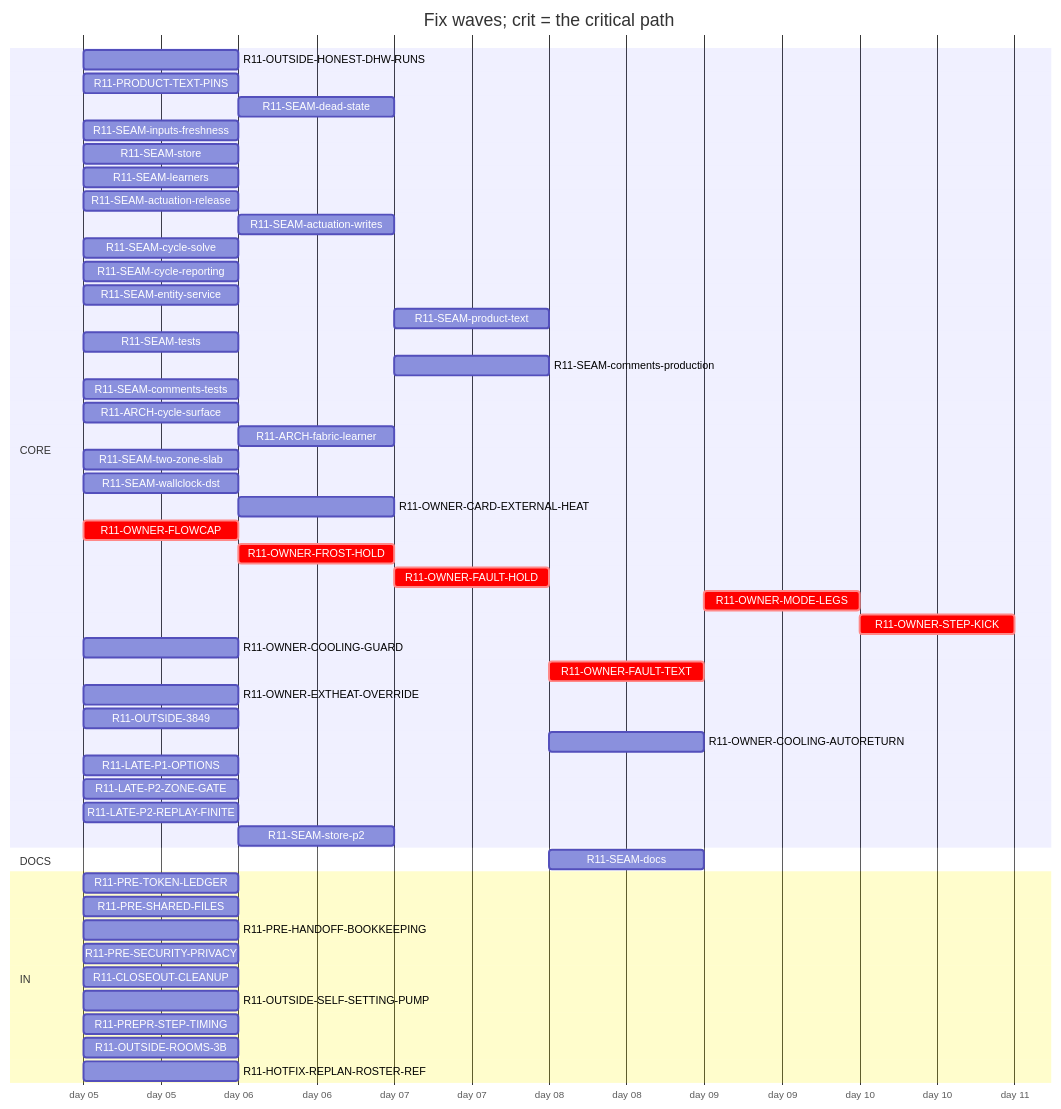
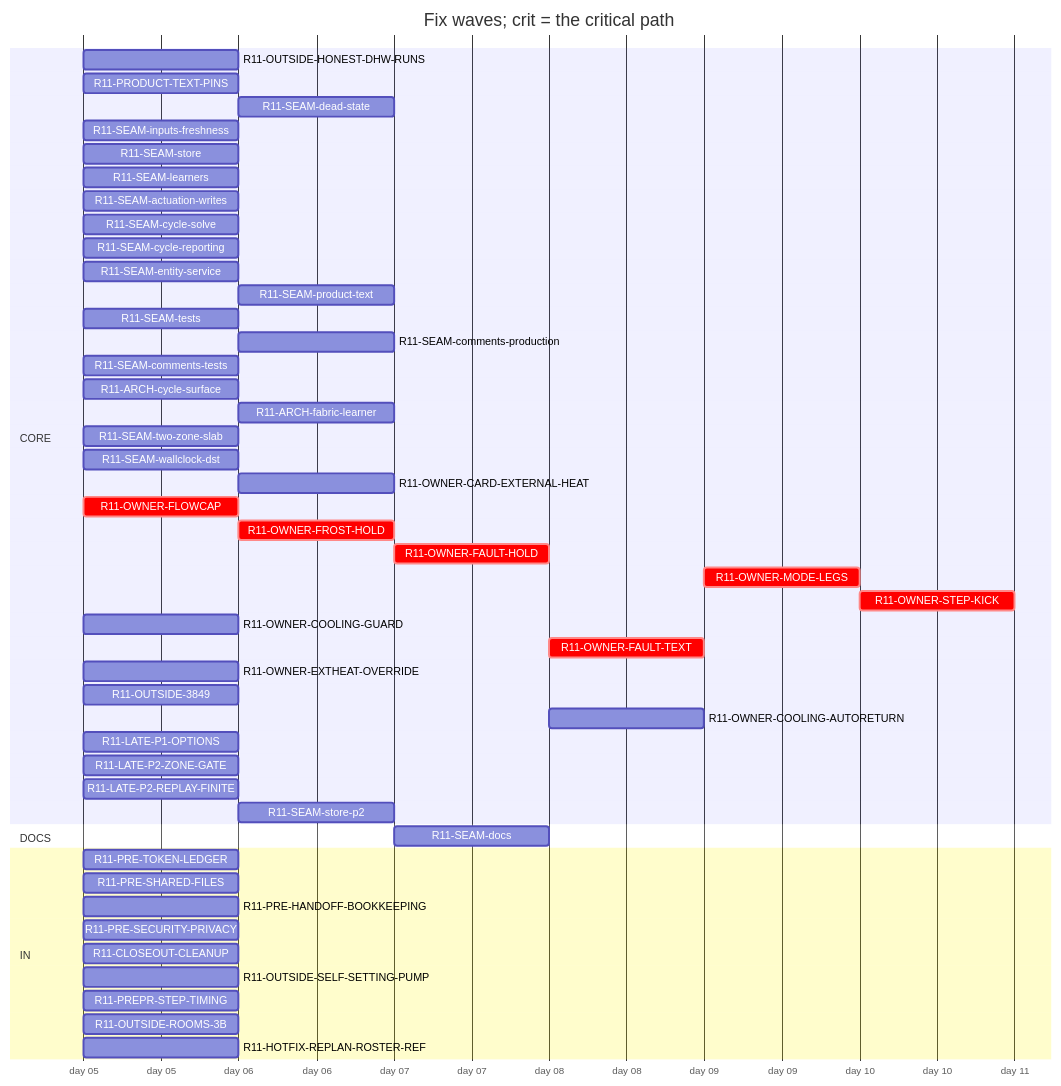
One commit to tvofi/heatpump_optimizer changed the diagram in handoff/round11/state/PLAN-TABLE.md. Above: the diagram before and after it, drawn with Mermaid. The commit also changed other lines of this file and 4 other files, not shown here.

Commit message:
state: FLOW-BOARD.md, NEXT-SESSION-PROMPT.md, PLAN-TABLE.md, PLAN.html, RESUME-CURRENT.md regenerated (state_docs.py)

````diff
--- a/handoff/round11/state/PLAN-TABLE.md
+++ b/handoff/round11/state/PLAN-TABLE.md
@@ -16,53 +16,52 @@
 ```mermaid
 gantt
   title Fix waves; crit = the critical path
   dateFormat YYYY-MM-DD
   axisFormat day %d
   section CORE
     R11-OUTSIDE-HONEST-DHW-RUNS :r11OUTSIDEHONESTDHWRUNS, 2026-01-05, 1d
     R11-PRODUCT-TEXT-PINS :r11PRODUCTTEXTPINS, 2026-01-05, 1d
     R11-SEAM-dead-state :r11SEAMdeadstate, after r11SEAMstore, 1d
     R11-SEAM-inputs-freshness :r11SEAMinputsfreshness, 2026-01-05, 1d
     R11-SEAM-store :r11SEAMstore, 2026-01-05, 1d
     R11-SEAM-learners :r11SEAMlearners, 2026-01-05, 1d
-    R11-SEAM-actuation-release :r11SEAMactuationrelease, 2026-01-05, 1d
-    R11-SEAM-actuation-writes :r11SEAMactuationwrites, after r11SEAMactuationrelease, 1d
+    R11-SEAM-actuation-writes :r11SEAMactuationwrites, 2026-01-05, 1d
     R11-SEAM-cycle-solve :r11SEAMcyclesolve, 2026-01-05, 1d
     R11-SEAM-cycle-reporting :r11SEAMcyclereporting, 2026-01-05, 1d
     R11-SEAM-entity-service :r11SEAMentityservice, 2026-01-05, 1d
-    R11-SEAM-product-text :r11SEAMproducttext, after r11SEAMactuationrelease r11SEAMactuationwrites r11SEAMentityservice r11SEAMinputsfreshness r11SEAMcyclesolve r11SEAMcyclereporting, 1d
+    R11-SEAM-product-text :r11SEAMproducttext, after r11SEAMactuationwrites r11SEAMentityservice r11SEAMinputsfreshness r11SEAMcyclesolve r11SEAMcyclereporting, 1d
     R11-SEAM-tests :r11SEAMtests, 2026-01-05, 1d
-    R11-SEAM-comments-production :r11SEAMcommentsproduction, after r11SEAMactuationrelease r11SEAMactuationwrites r11SEAMentityservice r11SEAMinputsfreshness r11SEAMcyclesolve r11SEAMcyclereporting, 1d
+    R11-SEAM-comments-production :r11SEAMcommentsproduction, after r11SEAMactuationwrites r11SEAMentityservice r11SEAMinputsfreshness r11SEAMcyclesolve r11SEAMcyclereporting, 1d
     R11-SEAM-comments-tests :r11SEAMcommentstests, 2026-01-05, 1d
     R11-ARCH-cycle-surface :r11ARCHcyclesurface, 2026-01-05, 1d
     R11-ARCH-fabric-learner :r11ARCHfabriclearner, after r11SEAMlearners, 1d
     R11-SEAM-two-zone-slab :r11SEAMtwozoneslab, 2026-01-05, 1d
     R11-SEAM-wallclock-dst :r11SEAMwallclockdst, 2026-01-05, 1d
     R11-OWNER-CARD-EXTERNAL-HEAT :r11OWNERCARDEXTERNALHEAT, after r11OWNEREXTHEATOVERRIDE, 1d
     R11-OWNER-FLOWCAP :crit, r11OWNERFLOWCAP, 2026-01-05, 1d
     R11-OWNER-FROST-HOLD :crit, r11OWNERFROSTHOLD, after r11OWNERFLOWCAP, 1d
     R11-OWNER-FAULT-HOLD :crit, r11OWNERFAULTHOLD, after r11OWNERFROSTHOLD, 1d
     R11-OWNER-MODE-LEGS :crit, r11OWNERMODELEGS, after r11OWNERFAULTTEXT, 1d
     R11-OWNER-STEP-KICK :crit, r11OWNERSTEPKICK, after r11OWNERMODELEGS, 1d
     R11-OWNER-COOLING-GUARD :r11OWNERCOOLINGGUARD, 2026-01-05, 1d
     R11-OWNER-FAULT-TEXT :crit, r11OWNERFAULTTEXT, after r11OWNERFAULTHOLD, 1d
     R11-OWNER-EXTHEAT-OVERRIDE :r11OWNEREXTHEATOVERRIDE, 2026-01-05, 1d
     R11-OUTSIDE-3849 :r11OUTSIDE3849, 2026-01-05, 1d
     R11-OWNER-COOLING-AUTORETURN :r11OWNERCOOLINGAUTORETURN, after r11OWNERCOOLINGGUARD r11OWNERFAULTHOLD, 1d
     R11-LATE-P1-OPTIONS :r11LATEP1OPTIONS, 2026-01-05, 1d
     R11-LATE-P2-ZONE-GATE :r11LATEP2ZONEGATE, 2026-01-05, 1d
     R11-LATE-P2-REPLAY-FINITE :r11LATEP2REPLAYFINITE, 2026-01-05, 1d
     R11-SEAM-store-p2 :r11SEAMstorep2, after r11SEAMstore, 1d
   section DOCS
-    R11-SEAM-docs :r11SEAMdocs, after r11SEAMlearners r11SEAMactuationrelease r11SEAMactuationwrites r11SEAMentityservice r11SEAMinputsfreshness r11SEAMcyclesolve r11SEAMcyclereporting r11SEAMproducttext, 1d
+    R11-SEAM-docs :r11SEAMdocs, after r11SEAMlearners r11SEAMactuationwrites r11SEAMentityservice r11SEAMinputsfreshness r11SEAMcyclesolve r11SEAMcyclereporting r11SEAMproducttext, 1d
   section IN
     R11-PRE-TOKEN-LEDGER :r11PRETOKENLEDGER, 2026-01-05, 1d
     R11-PRE-SHARED-FILES :r11PRESHAREDFILES, 2026-01-05, 1d
     R11-PRE-HANDOFF-BOOKKEEPING :r11PREHANDOFFBOOKKEEPING, 2026-01-05, 1d
     R11-PRE-SECURITY-PRIVACY :r11PRESECURITYPRIVACY, 2026-01-05, 1d
     R11-CLOSEOUT-CLEANUP :r11CLOSEOUTCLEANUP, 2026-01-05, 1d
     R11-OUTSIDE-SELF-SETTING-PUMP :r11OUTSIDESELFSETTINGPUMP, 2026-01-05, 1d
     R11-PREPR-STEP-TIMING :r11PREPRSTEPTIMING, 2026-01-05, 1d
     R11-OUTSIDE-ROOMS-3B :r11OUTSIDEROOMS3B, 2026-01-05, 1d
     R11-HOTFIX-REPLAN-ROSTER-REF :r11HOTFIXREPLANROSTERREF, 2026-01-05, 1d
 ```
````
